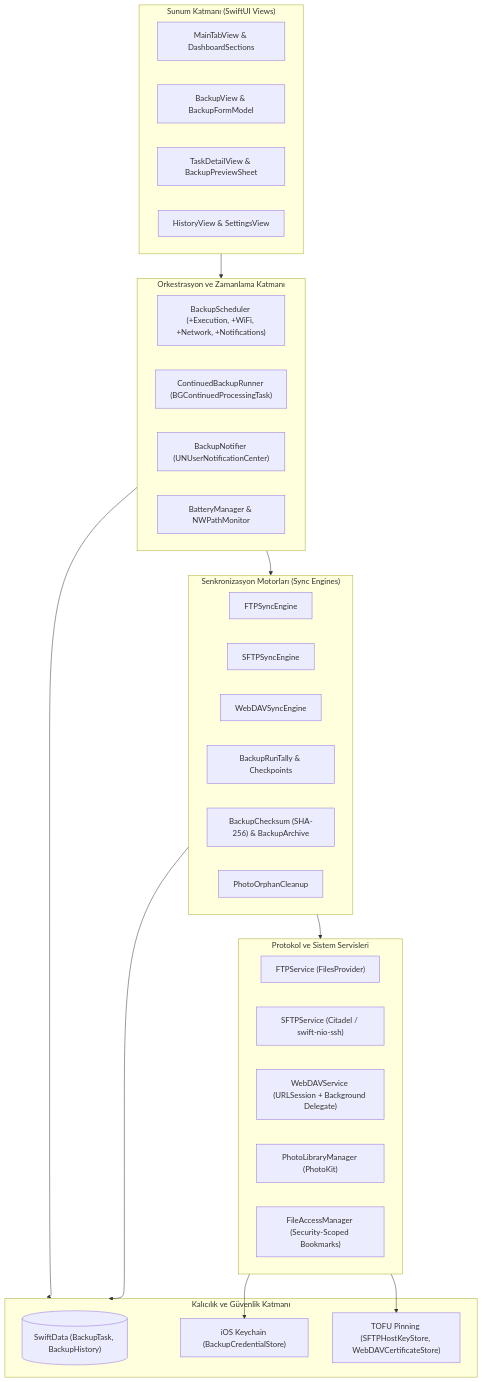
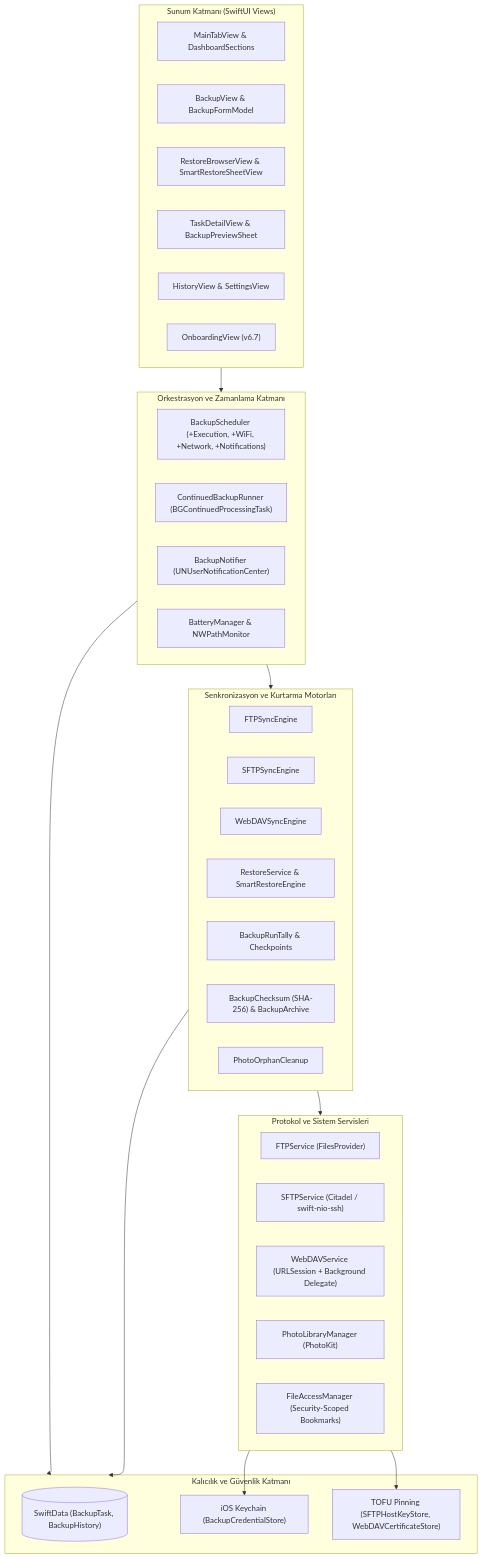
Before and after one commit to tsavasci/BackupFlow: the first of 3 diagrams in Architecture.md, drawn with Mermaid. The commit also changed other lines of this file and 201 other files, not shown here.

````diff
--- a/Architecture.md
+++ b/Architecture.md
@@ -13,47 +13,50 @@
 ```mermaid
 flowchart TD
     subgraph UI["Sunum Katmanı (SwiftUI Views)"]
         MTV["MainTabView & DashboardSections"]
         BV["BackupView & BackupFormModel"]
+        RBV["RestoreBrowserView & SmartRestoreSheetView"]
         TDV["TaskDetailView & BackupPreviewSheet"]
         HV["HistoryView & SettingsView"]
+        OBV["OnboardingView (v6.7)"]
     end
 
     subgraph Orchestration["Orkestrasyon ve Zamanlama Katmanı"]
         BS["BackupScheduler (+Execution, +WiFi, +Network, +Notifications)"]
         CBR["ContinuedBackupRunner (BGContinuedProcessingTask)"]
         BN["BackupNotifier (UNUserNotificationCenter)"]
         BM["BatteryManager & NWPathMonitor"]
     end
 
-    subgraph SyncEngines["Senkronizasyon Motorları (Sync Engines)"]
+    subgraph SyncEngines["Senkronizasyon ve Kurtarma Motorları"]
         FSE["FTPSyncEngine"]
         SSE["SFTPSyncEngine"]
         WSE["WebDAVSyncEngine"]
+        SRE["RestoreService & SmartRestoreEngine"]
         BRT["BackupRunTally & Checkpoints"]
         BC["BackupChecksum (SHA-256) & BackupArchive"]
         POC["PhotoOrphanCleanup"]
     end
 
     subgraph Transport["Protokol ve Sistem Servisleri"]
         FTPS["FTPService (FilesProvider)"]
         SFTPS["SFTPService (Citadel / swift-nio-ssh)"]
         WDS["WebDAVService (URLSession + Background Delegate)"]
         PLM["PhotoLibraryManager (PhotoKit)"]
         FAM["FileAccessManager (Security-Scoped Bookmarks)"]
     end
 
     subgraph Persistence["Kalıcılık ve Güvenlik Katmanı"]
         SD[("SwiftData (BackupTask, BackupHistory)")]
         KC["iOS Keychain (BackupCredentialStore)"]
         TOFU["TOFU Pinning (SFTPHostKeyStore, WebDAVCertificateStore)"]
     end
 
     UI --> Orchestration
     Orchestration --> SyncEngines
     SyncEngines --> Transport
     Orchestration --> Persistence
     SyncEngines --> Persistence
     Transport --> TOFU
     Transport --> KC
 ```
````
